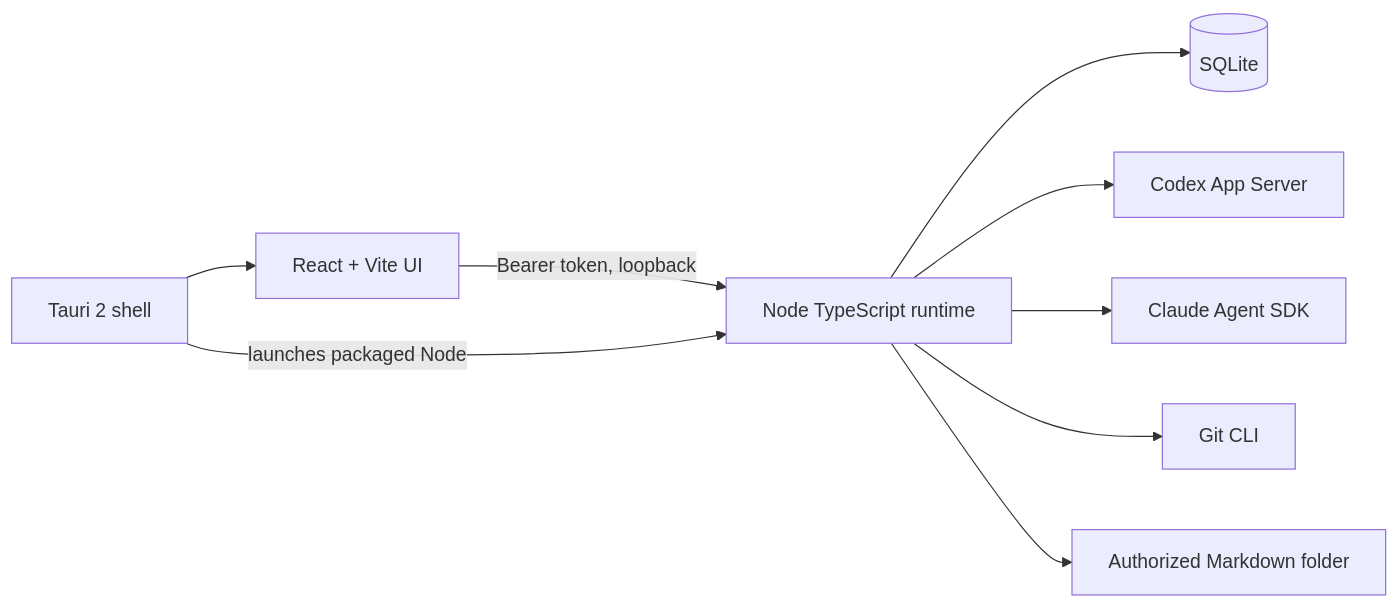
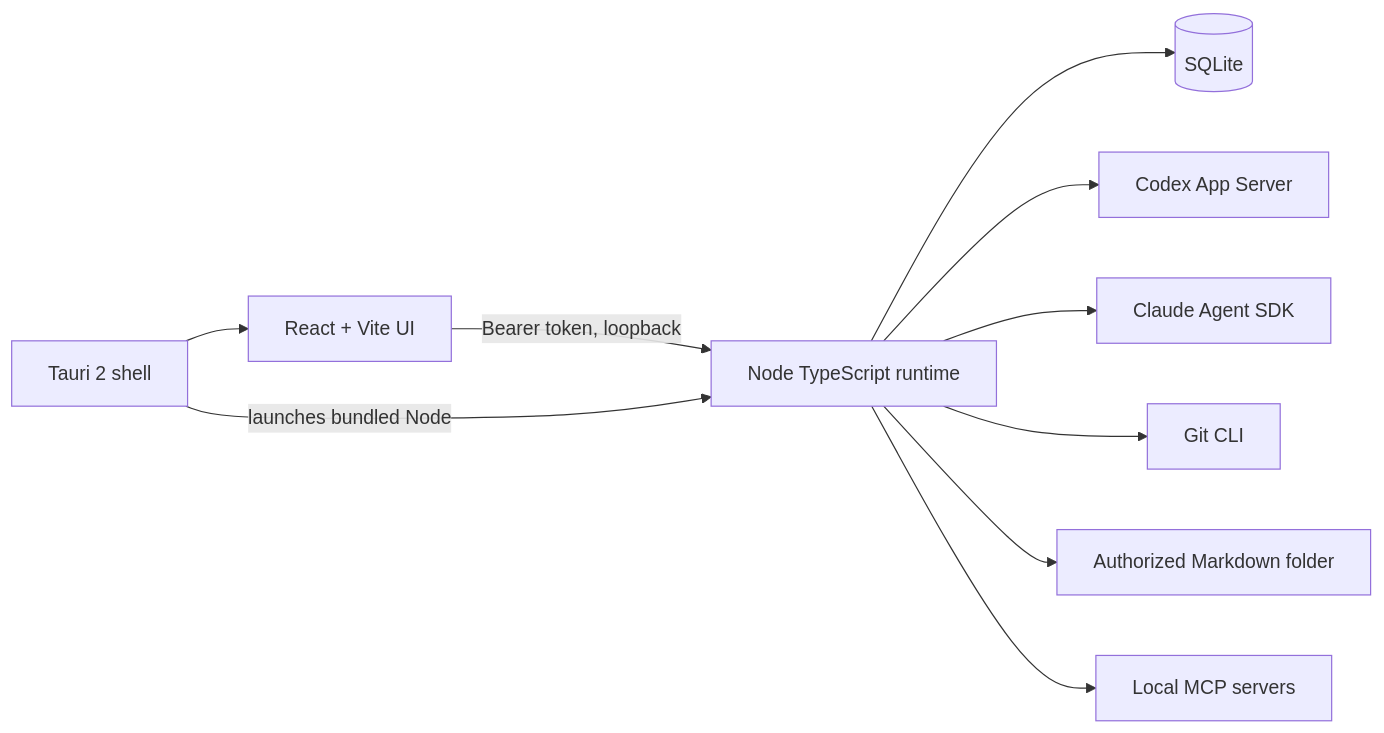
One commit to shinpaydoodles/forge-studio changed the diagram in README.md. Above: the diagram before and after it, drawn with Mermaid. The commit also changed other lines of this file and 19 other files, not shown here.

````diff
--- a/README.md
+++ b/README.md
@@ -56,11 +46,12 @@
 ```mermaid
 flowchart LR
   UI[React + Vite UI] -->|Bearer token, loopback| Runtime[Node TypeScript runtime]
   Tauri[Tauri 2 shell] --> UI
-  Tauri -->|launches packaged Node| Runtime
+  Tauri -->|launches bundled Node| Runtime
   Runtime --> DB[(SQLite)]
   Runtime --> Codex[Codex App Server]
   Runtime --> Claude[Claude Agent SDK]
   Runtime --> Git[Git CLI]
   Runtime --> Docs[Authorized Markdown folder]
+  Runtime --> MCP[Local MCP servers]
 ```
````
